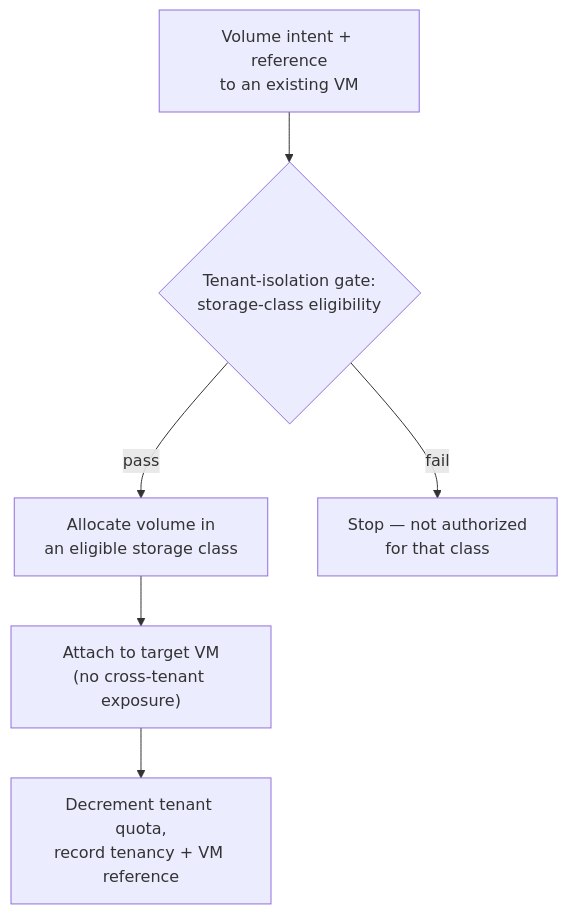
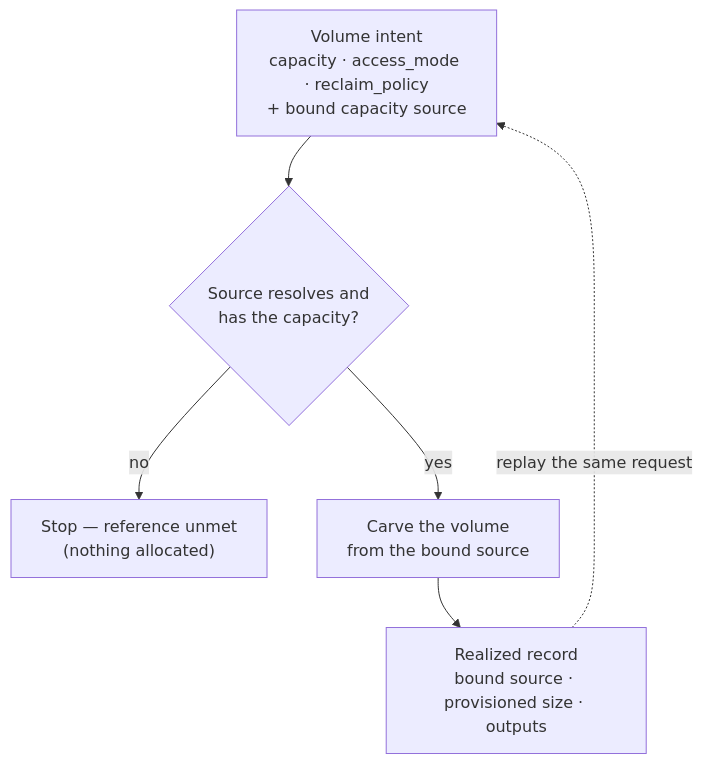
The diagram in docs/flows/uc-06-persistent-volume-provision.md (croadfeldt/udlm), drawn with Mermaid before and after one commit. The commit also changed other lines of this file and 22 other files, not shown here.

````diff
--- a/docs/flows/uc-06-persistent-volume-provision.md
+++ b/docs/flows/uc-06-persistent-volume-provision.md
@@ -25,8 +16,8 @@
 ```mermaid
 flowchart TD
-  I["Volume intent + reference<br/>to an existing VM"] --> G{"Tenant-isolation gate:<br/>storage-class eligibility"}
-  G -- pass --> AL["Allocate volume in<br/>an eligible storage class"]
-  G -- fail --> X["Stop — not authorized<br/>for that class"]
-  AL --> AT["Attach to target VM<br/>(no cross-tenant exposure)"]
-  AT --> Q["Decrement tenant quota,<br/>record tenancy + VM reference"]
+  I["Volume intent<br/>capacity · access_mode · reclaim_policy<br/>+ bound capacity source"] --> R{"Source resolves and<br/>has the capacity?"}
+  R -- no --> X["Stop — reference unmet<br/>(nothing allocated)"]
+  R -- yes --> AL["Carve the volume<br/>from the bound source"]
+  AL --> REC["Realized record<br/>bound source · provisioned size · outputs"]
+  REC -. "replay the same request" .-> I
 ```
````
